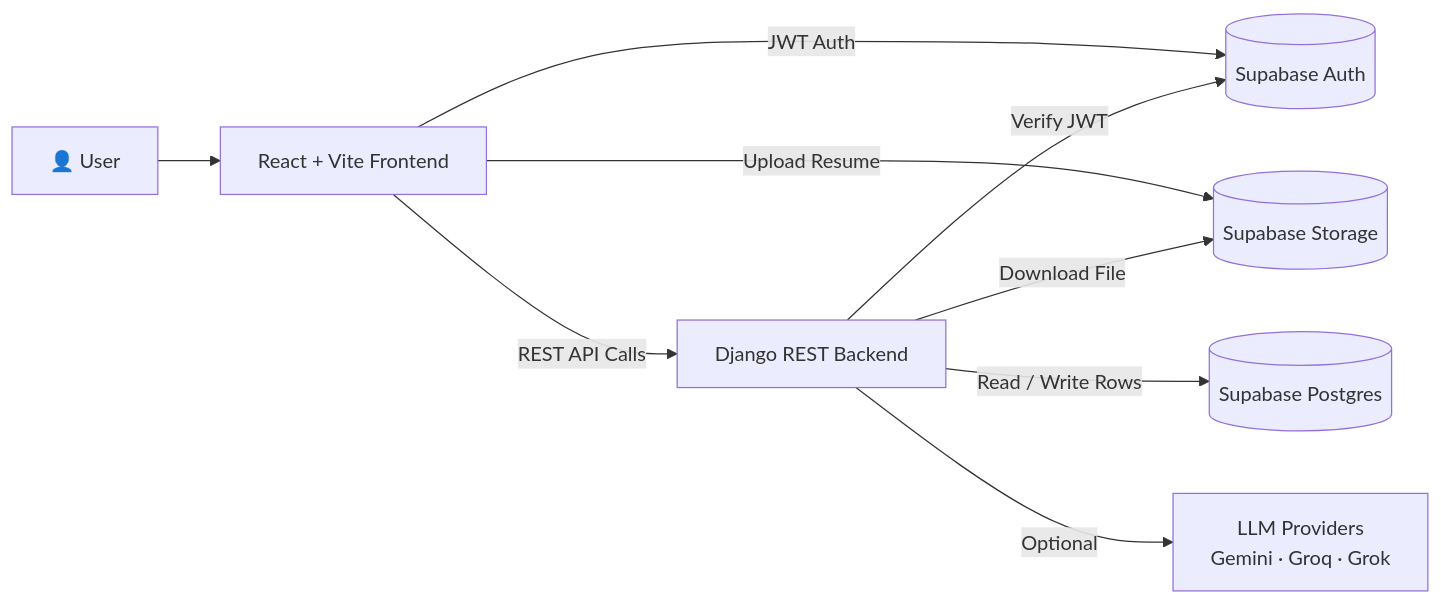
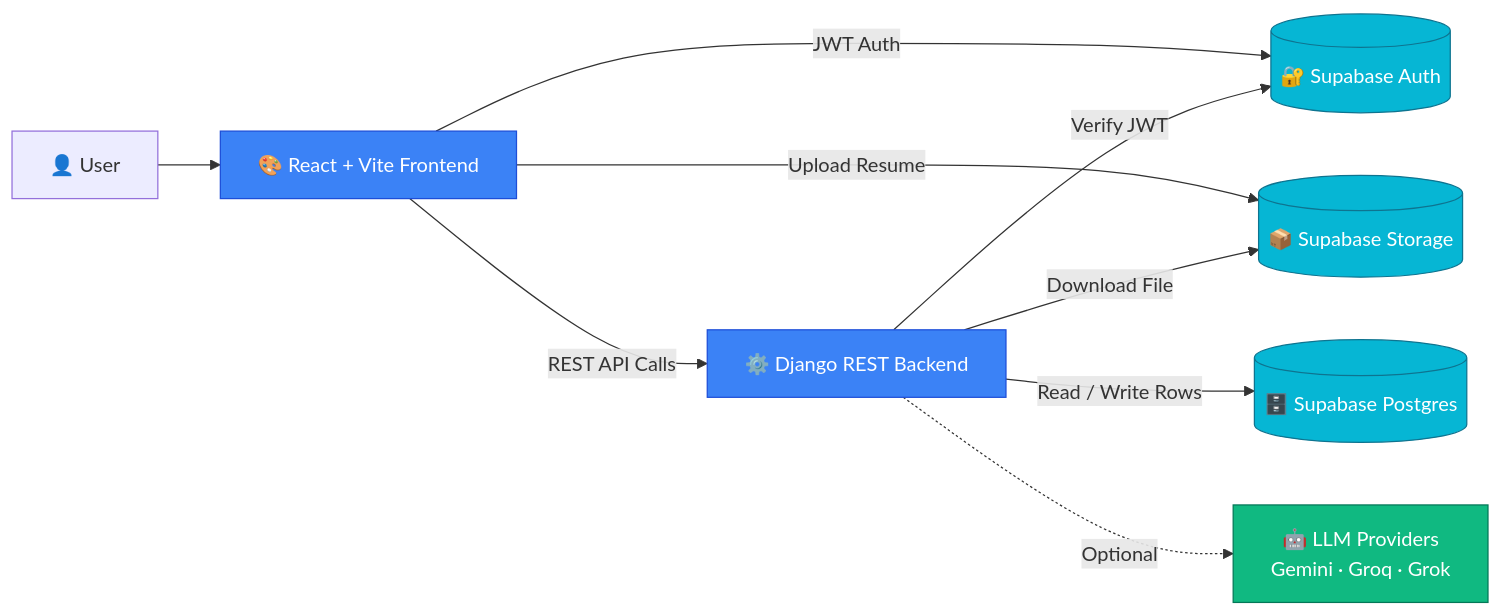
The diagram in README.md (abuhuraira5130/Resume_Analyzer_And-_Enhancer), drawn with Mermaid before and after one commit. The commit also changed other lines of this file, not shown here.

````diff
--- a/README.md
+++ b/README.md
@@ -89,11 +198,18 @@
 ```mermaid
 flowchart LR
-    A[👤 User] --> B[React + Vite Frontend]
-    B -->|JWT Auth| C[(Supabase Auth)]
-    B -->|Upload Resume| D[(Supabase Storage)]
-    B -->|REST API Calls| E[Django REST Backend]
+    A[👤 User] --> B[🎨 React + Vite Frontend]
+    B -->|JWT Auth| C[(🔐 Supabase Auth)]
+    B -->|Upload Resume| D[(📦 Supabase Storage)]
+    B -->|REST API Calls| E[⚙️ Django REST Backend]
     E -->|Verify JWT| C
     E -->|Download File| D
-    E -->|Read / Write Rows| F[(Supabase Postgres)]
-    E -->|Optional| G[LLM Providers<br/>Gemini · Groq · Grok]
+    E -->|Read / Write Rows| F[(🗄️ Supabase Postgres)]
+    E -.->|Optional| G[🤖 LLM Providers<br/>Gemini · Groq · Grok]
+
+    classDef blue fill:#3B82F6,stroke:#1D4ED8,color:#ffffff;
+    classDef cyan fill:#06B6D4,stroke:#0E7490,color:#ffffff;
+    classDef green fill:#10B981,stroke:#047857,color:#ffffff;
+    class B,E blue;
+    class C,D,F cyan;
+    class G green;
 ```
````
